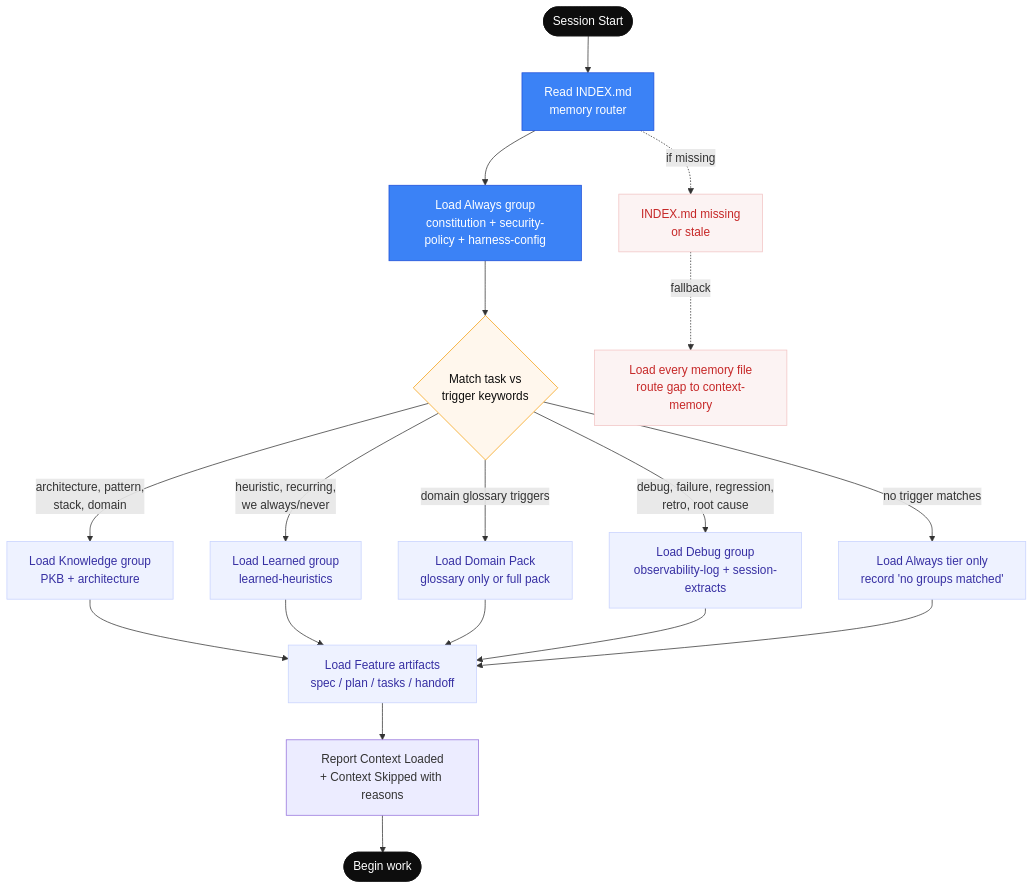
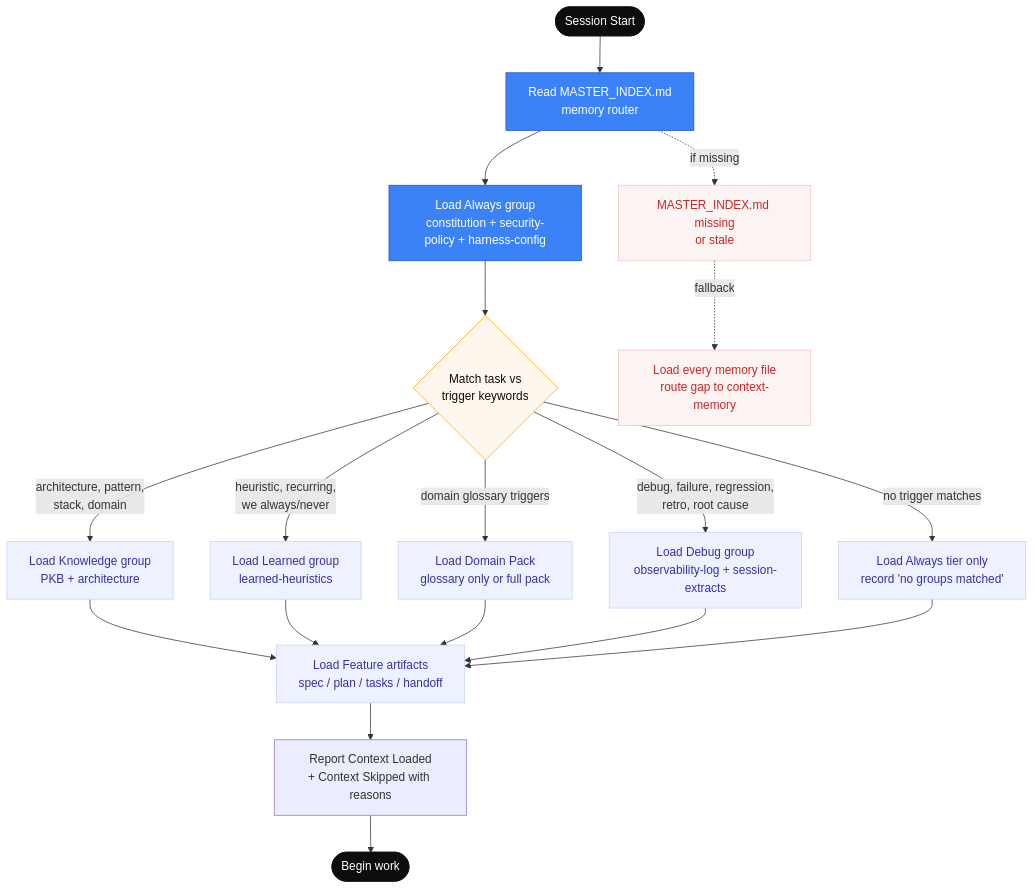
One commit to thaihai-swe/CoreZero-Nexus changed the third of 4 diagrams in documents/context-engineering.md. Above: the diagram before and after it, drawn with Mermaid. The commit also changed other lines of this file and 51 other files, not shown here.

First line of the commit message:
Enhance session management and context validation

````diff
--- a/documents/context-engineering.md
+++ b/documents/context-engineering.md
@@ -134,39 +134,39 @@
 ```mermaid
 flowchart TD
-    %% Smart Context Routing via INDEX.md
+    %% Smart Context Routing via MASTER_INDEX.md
 
-    START([Session Start]) --> IDX[Read INDEX.md<br/>memory router]
+    START([Session Start]) --> IDX[Read MASTER_INDEX.md<br/>memory router]
     IDX --> ALWAYS[Load Always group<br/>constitution + security-policy + harness-config]
 
     ALWAYS --> MATCH{Match task vs<br/>trigger keywords}
 
     MATCH -->|architecture, pattern,<br/>stack, domain| KNOW[Load Knowledge group<br/>PKB + architecture]
     MATCH -->|heuristic, recurring,<br/>we always/never| LEARN[Load Learned group<br/>learned-heuristics]
     MATCH -->|domain glossary triggers| DOMAIN[Load Domain Pack<br/>glossary only or full pack]
     MATCH -->|debug, failure, regression,<br/>retro, root cause| DEBUG[Load Debug group<br/>observability-log + session-extracts]
     MATCH -->|no trigger matches| SKIP[Load Always tier only<br/>record 'no groups matched']
 
     KNOW --> FEAT[Load Feature artifacts<br/>spec / plan / tasks / handoff]
     LEARN --> FEAT
     DOMAIN --> FEAT
     DEBUG --> FEAT
     SKIP --> FEAT
 
     FEAT --> REPORT[Report Context Loaded<br/>+ Context Skipped with reasons]
     REPORT --> WORK([Begin work])
 
-    STALE[INDEX.md missing<br/>or stale] -.->|fallback| ALL[Load every memory file<br/>route gap to context-memory]
+    STALE[MASTER_INDEX.md missing<br/>or stale] -.->|fallback| ALL[Load every memory file<br/>route gap to context-memory]
     IDX -.->|if missing| STALE
 
     classDef terminal fill:#0d0d0d,stroke:#0d0d0d,color:#fff
     classDef router fill:#3b82f6,stroke:#1d4ed8,color:#fff
     classDef group fill:#eef2ff,stroke:#c7d2fe,color:#3730a3
     classDef decision fill:#fff7ed,stroke:#f59e0b,color:#0d0d0d
     classDef fallback fill:#fcf3f3,stroke:#f2c4c4,color:#c62828
 
     class START,WORK terminal
     class IDX,ALWAYS router
     class KNOW,LEARN,DOMAIN,DEBUG,SKIP,FEAT group
     class MATCH decision
     class STALE,ALL fallback
 ```
````
